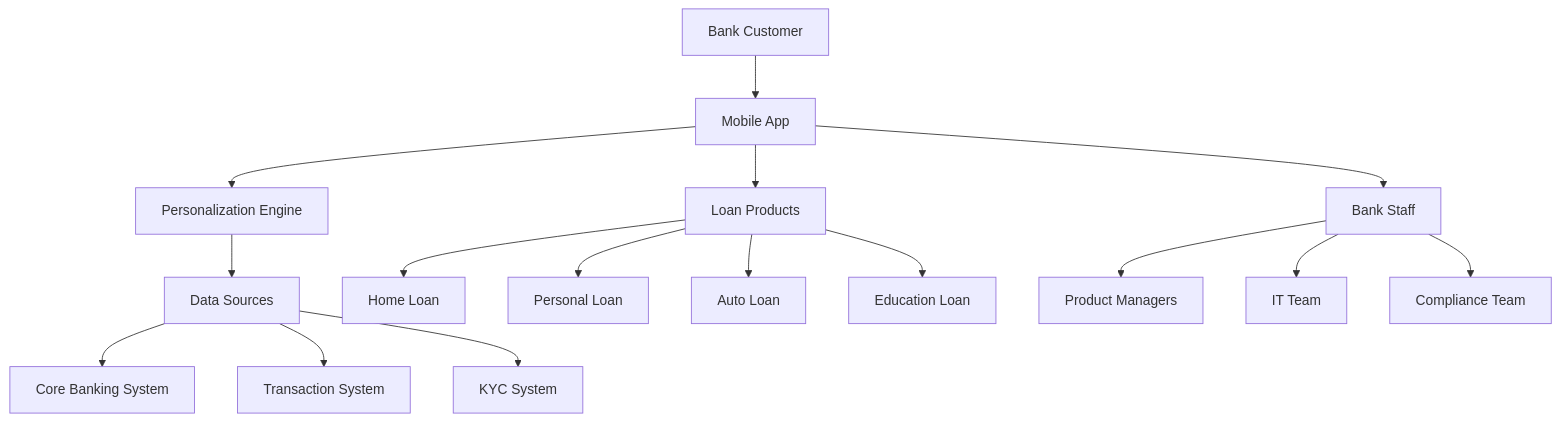
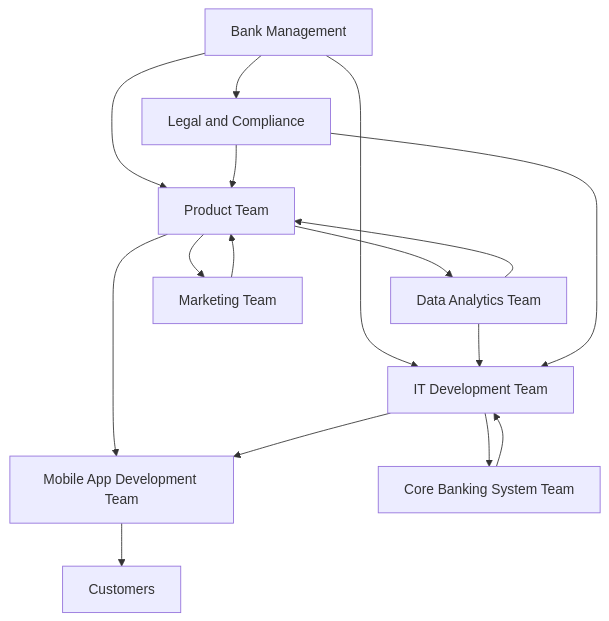
One commit to yadus1111/agentic-ba-project changed the diagram in output/diagram_1.mmd. Above: the diagram before and after it, drawn with Mermaid. The commit also changed 11 other files, not shown here.

```diff
--- a/output/diagram_1.mmd
+++ b/output/diagram_1.mmd
@@ -1,16 +1,16 @@
 flowchart TD
-A[Bank Customer] --> B[Mobile App]
-B --> C[Personalization Engine]
-C --> D[Data Sources]
-D --> E[Core Banking System]
-D --> F[Transaction System]
-D --> G[KYC System]
-B --> H[Loan Products]
-H --> I[Home Loan]
-H --> J[Personal Loan]
-H --> K[Auto Loan]
-H --> L[Education Loan]
-B --> M[Bank Staff]
-M --> N[Product Managers]
-M --> O[IT Team]
-M --> P[Compliance Team]
+A[Bank Management] --> B[Product Team]
+A --> C[IT Development Team]
+A --> D[Legal and Compliance]
+B --> E[Data Analytics Team]
+B --> F[Mobile App Development Team]
+B --> G[Marketing Team]
+C --> H[Core Banking System Team]
+C --> F
+E --> C
+E --> B
+D --> B
+D --> C
+G --> B
+F --> I[Customers]
+H --> C
```
